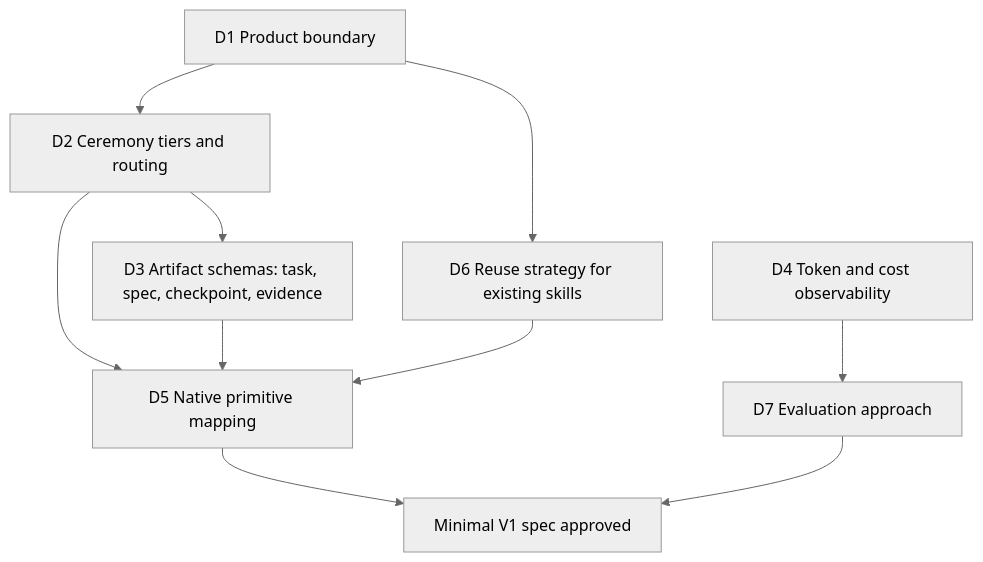
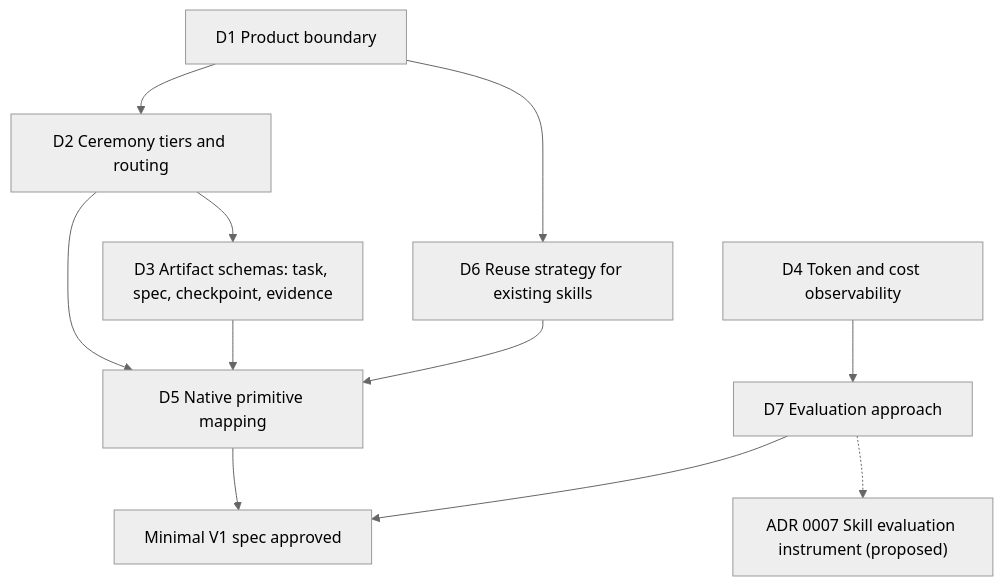
One commit to EduardoShibukawa/G-Inga changed the diagram in docs/decision-map.md. Above: the diagram before and after it, drawn with Mermaid (neutral theme). The commit also changed other lines of this file and 37 other files, not shown here.

First line of the commit message:
feat(evals): add skill health eval cases, parity inventory and ADR 0007

````diff
--- a/docs/decision-map.md
+++ b/docs/decision-map.md
@@ -5,12 +5,13 @@
 ```mermaid
 flowchart TD
     D1["D1 Product boundary"] --> D2["D2 Ceremony tiers and routing"]
     D1 --> D6["D6 Reuse strategy for existing skills"]
     D2 --> D3["D3 Artifact schemas: task, spec, checkpoint, evidence"]
     D4["D4 Token and cost observability"] --> D7["D7 Evaluation approach"]
     D2 --> D5["D5 Native primitive mapping"]
     D3 --> D5
     D6 --> D5
     D5 --> V1["Minimal V1 spec approved"]
     D7 --> V1
+    D7 -.-> A7["ADR 0007 Skill evaluation instrument (proposed)"]
 ```
````
